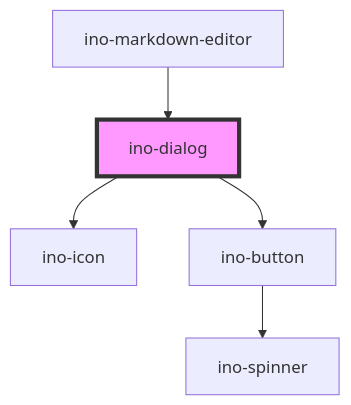
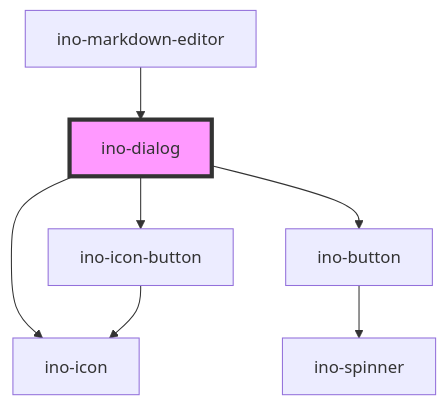
One commit to inovex/elements changed the diagram in packages/elements/src/components/ino-dialog/readme.md. Above: the diagram before and after it, drawn with Mermaid. The commit also changed other lines of this file and 7 other files, not shown here.

Commit message:
feat(elements|ino-dialog) added story + replaced ino-icon with ino-icon-button

````diff
--- a/packages/elements/src/components/ino-dialog/readme.md
+++ b/packages/elements/src/components/ino-dialog/readme.md
@@ -76,8 +77,10 @@
 ```mermaid
 graph TD;
+  ino-dialog --> ino-icon-button
   ino-dialog --> ino-icon
   ino-dialog --> ino-button
+  ino-icon-button --> ino-icon
   ino-button --> ino-spinner
   ino-markdown-editor --> ino-dialog
   style ino-dialog fill:#f9f,stroke:#333,stroke-width:4px
 ```
````
